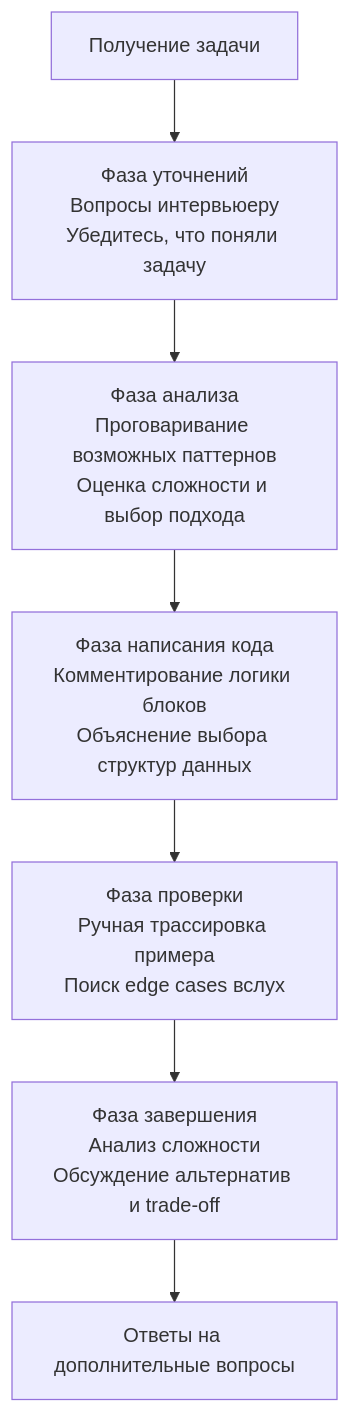
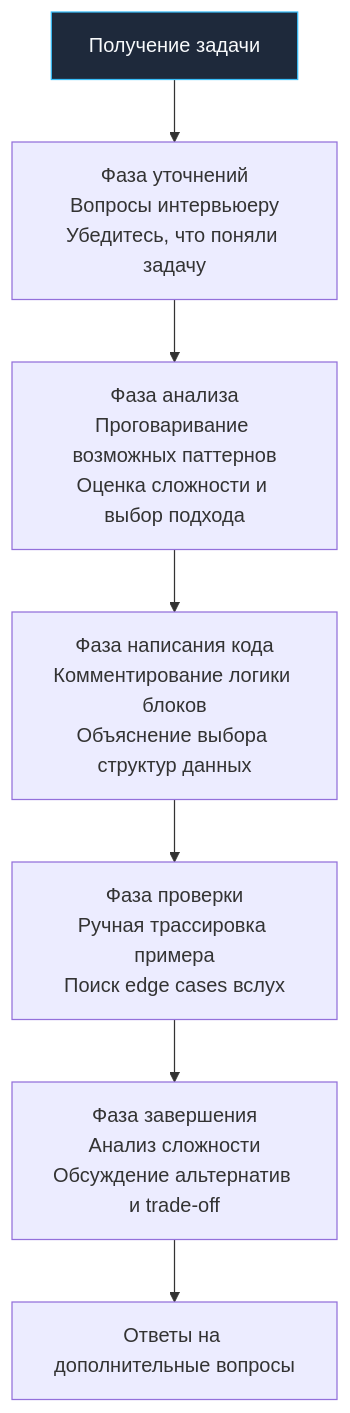
One commit to UnrealTemplier/go-textbook changed the diagram in sources/21. Задачи с LeetCode и собеседований на Go/01. Теория/6. Как объяснять решение вслух.md. Above: the diagram before and after it, drawn with Mermaid. The commit also changed 1666 other files, not shown here.

First line of the commit message:
feat(mermaid): add semantic color classDef to 1369 colorless flowchart/graph diagrams

````diff
--- a/sources/21. Задачи с LeetCode и собеседований на Go/01. Теория/6. Как объяснять решение вслух.md
+++ b/sources/21. Задачи с LeetCode и собеседований на Go/01. Теория/6. Как объяснять решение вслух.md
@@ -23,9 +23,19 @@
 ```mermaid
 flowchart TD
-    A["Получение задачи"] --> B["Фаза уточнений<br>Вопросы интервьюеру<br>Убедитесь, что поняли задачу"]
+    classDef process  fill:#1e293b,stroke:#38bdf8,stroke-width:1px,color:#f8fafc
+    classDef success  fill:#064e3b,stroke:#34d399,stroke-width:1px,color:#f8fafc
+    classDef error    fill:#7f1d1d,stroke:#f87171,stroke-width:1px,color:#f8fafc
+    classDef warning  fill:#78350f,stroke:#fbbf24,stroke-width:1px,color:#f8fafc
+    classDef entry    fill:#1e3a5f,stroke:#38bdf8,stroke-width:2px,color:#f8fafc
+    classDef aux      fill:#334155,stroke:#64748b,stroke-width:1px,color:#f8fafc
+    classDef system   fill:#312e81,stroke:#a78bfa,stroke-width:1px,color:#f8fafc
+    classDef data     fill:#132d29,stroke:#2dd4bf,stroke-width:1px,color:#f8fafc
+    classDef network  fill:#881337,stroke:#fb7185,stroke-width:1px,color:#f8fafc
+    classDef accent   fill:#1e1b4b,stroke:#818cf8,stroke-width:1px,color:#f8fafc
+    A["Получение задачи"]:::process --> B["Фаза уточнений<br>Вопросы интервьюеру<br>Убедитесь, что поняли задачу"]
     B --> C["Фаза анализа<br>Проговаривание возможных паттернов<br>Оценка сложности и выбор подхода"]
     C --> D["Фаза написания кода<br>Комментирование логики блоков<br>Объяснение выбора структур данных"]
     D --> E["Фаза проверки<br>Ручная трассировка примера<br>Поиск edge cases вслух"]
     E --> F["Фаза завершения<br>Анализ сложности<br>Обсуждение альтернатив и trade-off"]
     F --> G["Ответы на дополнительные вопросы"]
 ```
````
